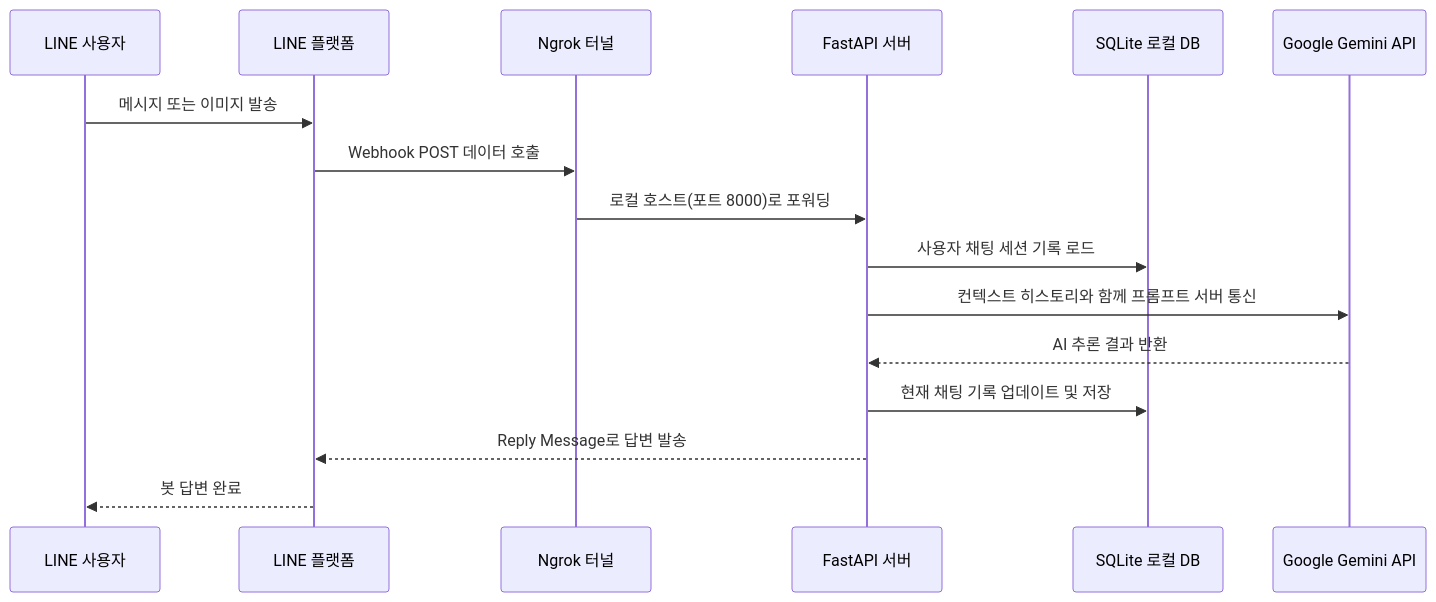
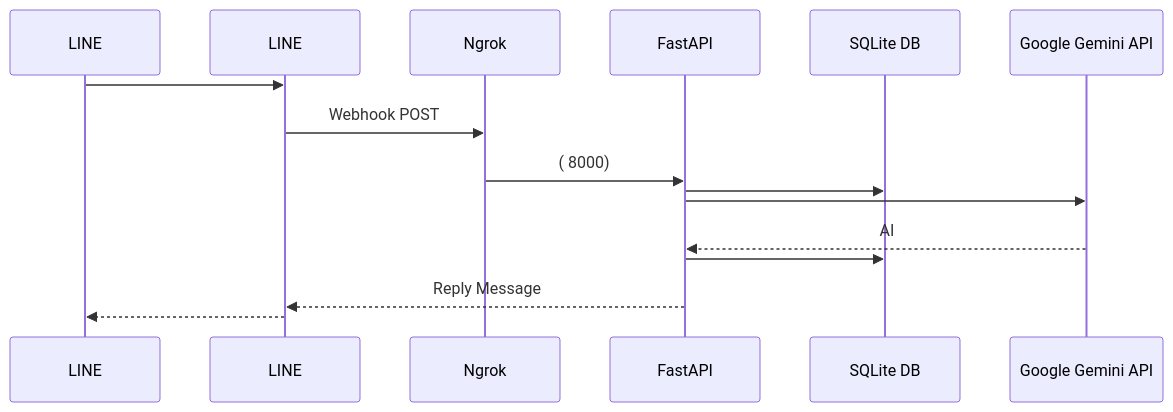
One commit to welltilln/fastapi-line-gemini changed the diagram in docs/README-KO.md. Above: the diagram before and after it, drawn with Mermaid. The commit also changed other lines of this file and 5 other files, not shown here.

````diff
--- a/docs/README-KO.md
+++ b/docs/README-KO.md
@@ -26,19 +26,19 @@
 ```mermaid
 sequenceDiagram
-    participant User as LINE 사용자
-    participant LINE as LINE 플랫폼
-    participant Ngrok as Ngrok 터널
-    participant App as FastAPI 서버
-    participant DB as SQLite 로컬 DB
+    participant User as LINE 
+    participant LINE as LINE 
+    participant Ngrok as Ngrok 
+    participant App as FastAPI 
+    participant DB as SQLite  DB
     participant Gemini as Google Gemini API
 
-    User->>LINE: 메시지 또는 이미지 발송
-    LINE->>Ngrok: Webhook POST 데이터 호출
-    Ngrok->>App: 로컬 호스트(포트 8000)로 포워딩
-    App->>DB: 사용자 채팅 세션 기록 로드
-    App->>Gemini: 컨텍스트 히스토리와 함께 프롬프트 서버 통신
-    Gemini-->>App: AI 추론 결과 반환
-    App->>DB: 현재 채팅 기록 업데이트 및 저장
-    App-->>LINE: Reply Message로 답변 발송
-    LINE-->>User: 봇 답변 완료
+    User->>LINE:    
+    LINE->>Ngrok: Webhook POST  
+    Ngrok->>App:  ( 8000) 
+    App->>DB:     
+    App->>Gemini:      
+    Gemini-->>App: AI   
+    App->>DB:      
+    App-->>LINE: Reply Message  
+    LINE-->>User:   
 ```
````
